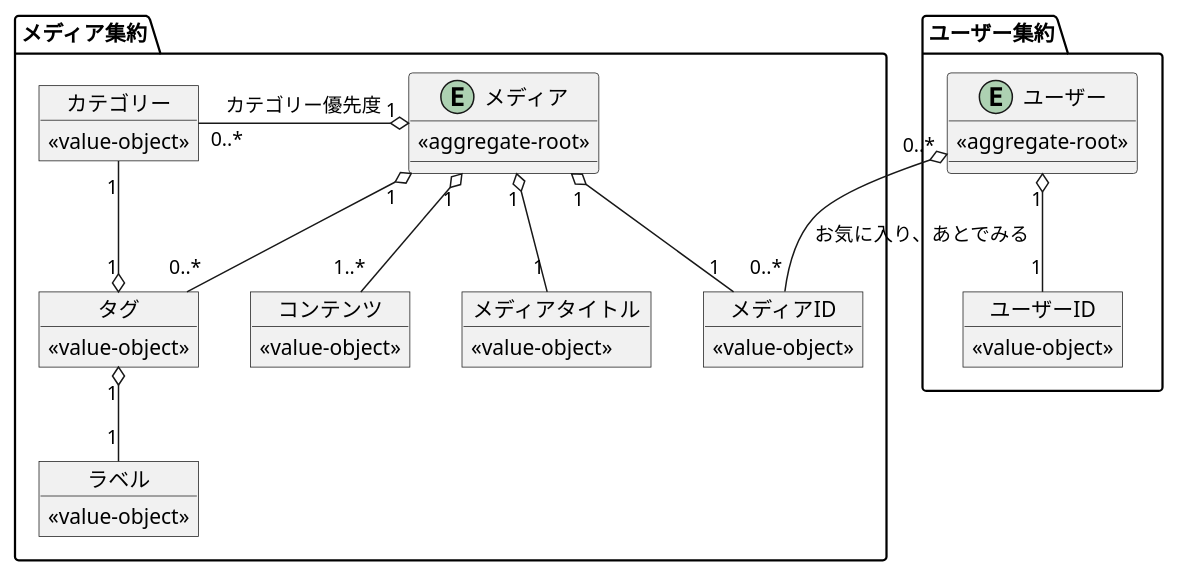
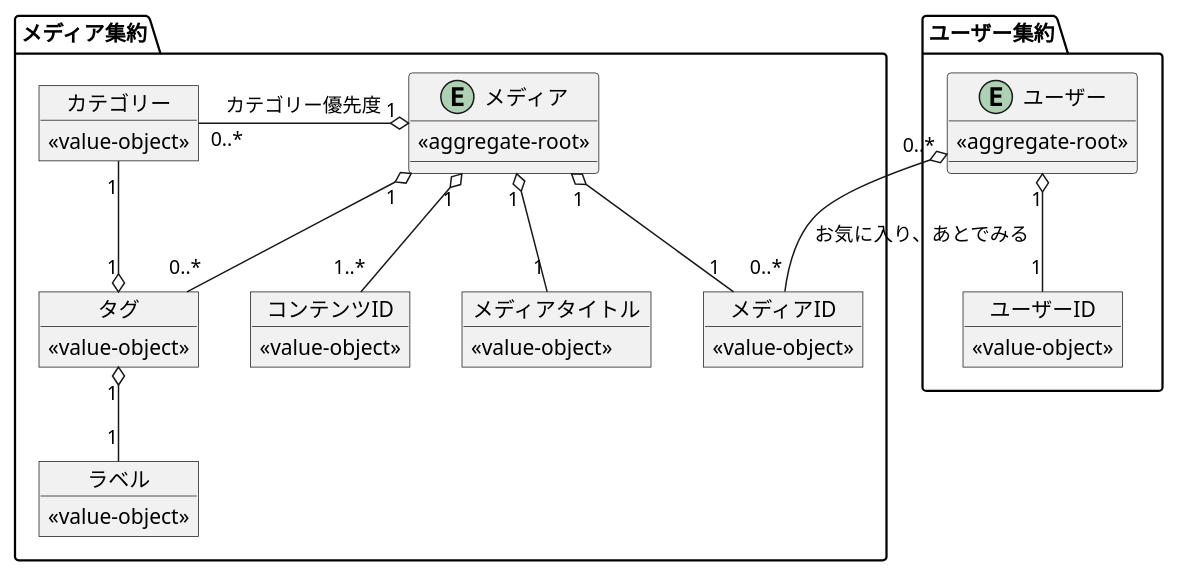
Before and after one commit to hachimitu22/MangaViewer: the diagram in doc/2_domain/ドメインモデル.puml, drawn with PlantUML. The commit also changed 14 other files, not shown here.

```diff
--- a/doc/2_domain/ドメインモデル.puml
+++ b/doc/2_domain/ドメインモデル.puml
@@ -1,60 +1,60 @@
 @startuml
 ' skinparam linetype ortho
 
 package メディア集約 {
 
     entity メディア {
         <<aggregate-root>>
     }
 
     object メディアID {
         <<value-object>>
     }
 
     object メディアタイトル {
         <<value-object>>
     }
 
-    object コンテンツ {
+    object コンテンツID {
         <<value-object>>
     }
 
     object タグ {
         <<value-object>>
     }
 
     object カテゴリー {
         <<value-object>>
     }
 
     object ラベル {
         <<value-object>>
     }
 
     メディア "1" o-- "1" メディアID
     メディア "1" o-- "1" メディアタイトル
-    メディア "1" o-- "1..*" コンテンツ
+    メディア "1" o-- "1..*" コンテンツID
     メディア "1" o-- "0..*" タグ
     メディア "1" o-l- "0..*" カテゴリー : カテゴリー優先度
 
     タグ "1" o-- "1" カテゴリー
     タグ "1" o-- "1" ラベル
 }
 
 package ユーザー集約 {
 
     entity ユーザー {
         <<aggregate-root>>
     }
 
     object ユーザーID {
         <<value-object>>
     }
 
     ユーザー "1" o-- "1" ユーザーID
 }
 
 ' 集約を跨ぐ参照（弱い参照）
 ユーザー集約.ユーザー "0..*" o-- "0..*" メディア集約.メディアID : お気に入り、あとでみる
 
 @enduml
```
